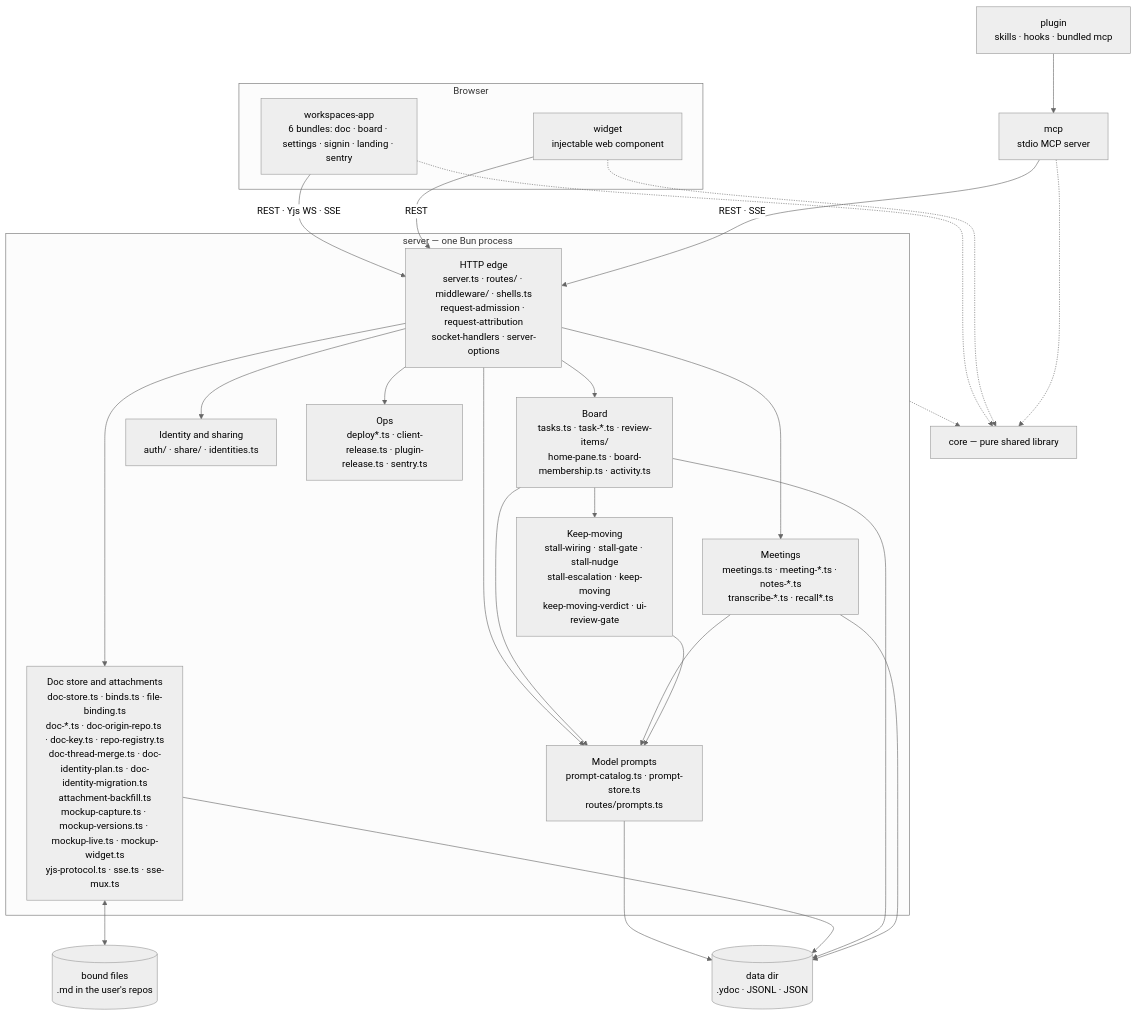
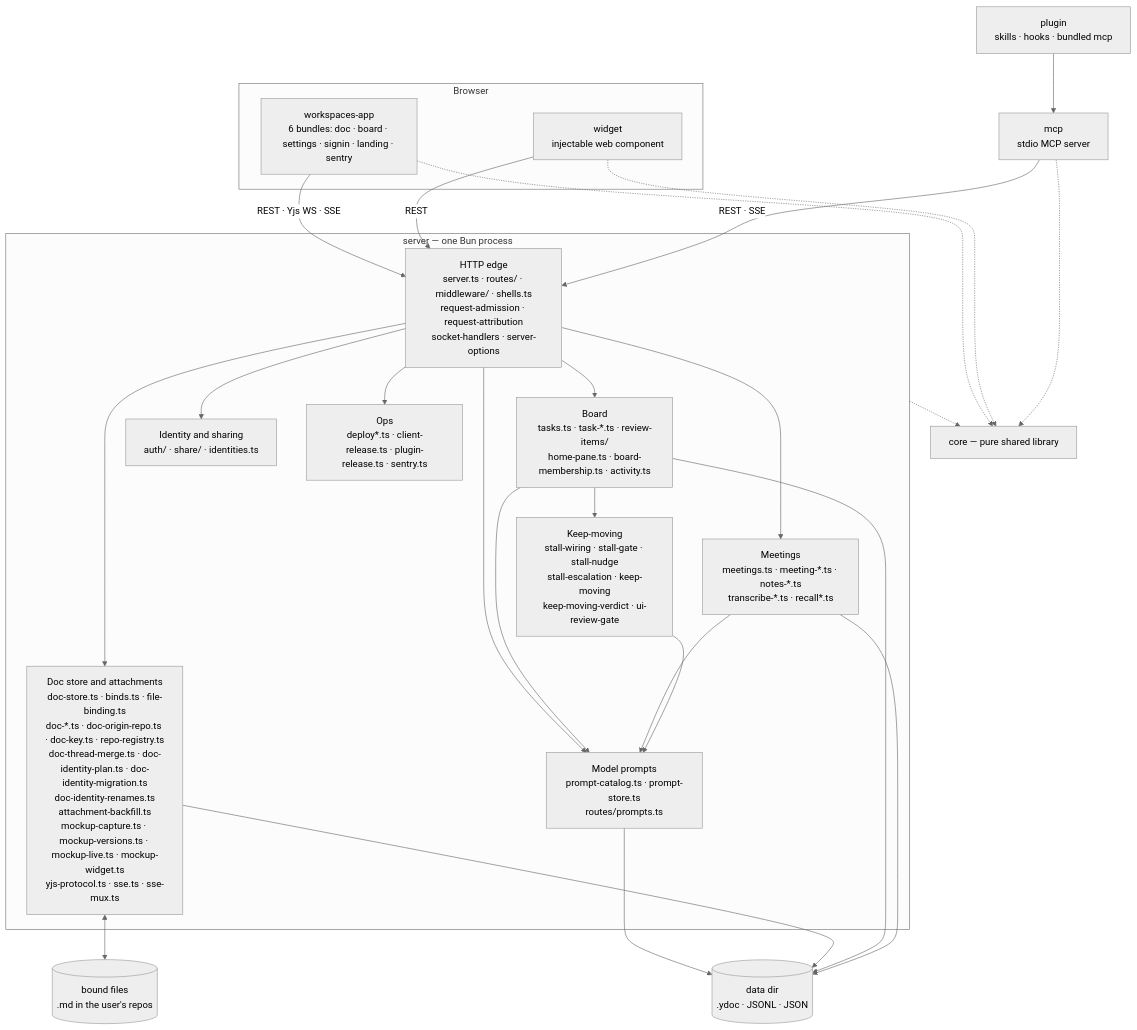
Before and after one commit to fryanpan/claude-workspaces-plugin: the first of 2 diagrams in docs/architecture/overview.md, drawn with Mermaid (neutral theme). The commit also changed other lines of this file and 6 other files, not shown here.

````diff
--- a/docs/architecture/overview.md
+++ b/docs/architecture/overview.md
@@ -45,35 +45,35 @@
 ```mermaid
 flowchart TB
   subgraph browser[Browser]
     app["workspaces-app<br/>6 bundles: doc · board · settings · signin · landing · sentry"]
     wid["widget<br/>injectable web component"]
   end
   plug["plugin<br/>skills · hooks · bundled mcp"]
   mcp["mcp<br/>stdio MCP server"]
   subgraph srv["server — one Bun process"]
     edge["HTTP edge<br/>server.ts · routes/ · middleware/ · shells.ts<br/>request-admission · request-attribution<br/>socket-handlers · server-options"]
-    docs["Doc store and attachments<br/>doc-store.ts · binds.ts · file-binding.ts<br/>doc-*.ts · doc-origin-repo.ts · doc-key.ts · repo-registry.ts<br/>doc-thread-merge.ts · doc-identity-plan.ts · doc-identity-migration.ts<br/>attachment-backfill.ts<br/>mockup-capture.ts · mockup-versions.ts · mockup-live.ts · mockup-widget.ts<br/>yjs-protocol.ts · sse.ts · sse-mux.ts"]
+    docs["Doc store and attachments<br/>doc-store.ts · binds.ts · file-binding.ts<br/>doc-*.ts · doc-origin-repo.ts · doc-key.ts · repo-registry.ts<br/>doc-thread-merge.ts · doc-identity-plan.ts · doc-identity-migration.ts<br/>doc-identity-renames.ts<br/>attachment-backfill.ts<br/>mockup-capture.ts · mockup-versions.ts · mockup-live.ts · mockup-widget.ts<br/>yjs-protocol.ts · sse.ts · sse-mux.ts"]
     board["Board<br/>tasks.ts · task-*.ts · review-items/<br/>home-pane.ts · board-membership.ts · activity.ts"]
     meet["Meetings<br/>meetings.ts · meeting-*.ts · notes-*.ts<br/>transcribe-*.ts · recall*.ts"]
     keep["Keep-moving<br/>stall-wiring · stall-gate · stall-nudge<br/>stall-escalation · keep-moving<br/>keep-moving-verdict · ui-review-gate"]
     ident["Identity and sharing<br/>auth/ · share/ · identities.ts"]
     prompts["Model prompts<br/>prompt-catalog.ts · prompt-store.ts<br/>routes/prompts.ts"]
     ops["Ops<br/>deploy*.ts · client-release.ts · plugin-release.ts · sentry.ts"]
   end
   core["core — pure shared library"]
   disk[("data dir<br/>.ydoc · JSONL · JSON")]
   files[("bound files<br/>.md in the user's repos")]
 
   app -->|"REST · Yjs WS · SSE"| edge
   wid -->|REST| edge
   plug --> mcp
   mcp -->|"REST · SSE"| edge
   edge --> docs & board & meet & ident & ops & prompts
   board & meet & keep --> prompts
   prompts --> disk
   board --> keep
   docs <--> files
   docs & board & meet --> disk
   app & wid & mcp -.-> core
   srv -.-> core
 ```
````
